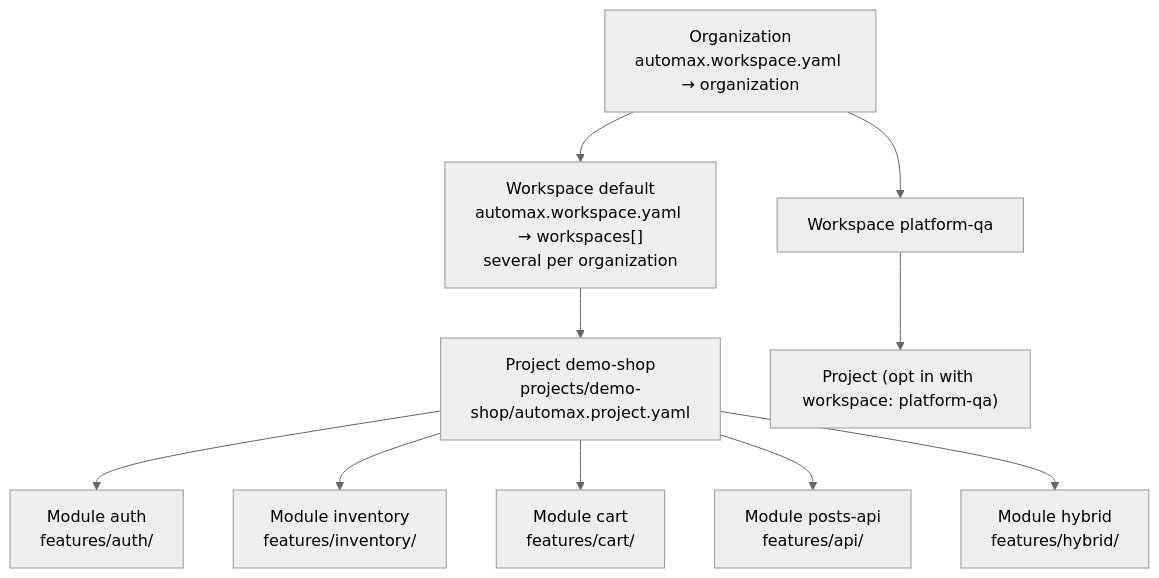
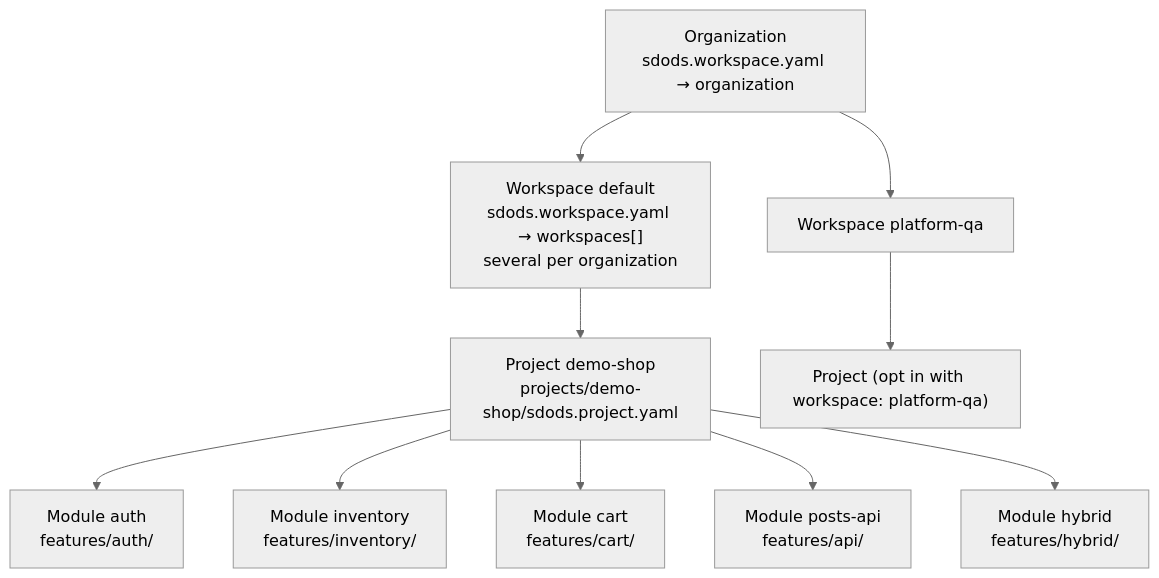
One commit to YarlisAISolutions/SDODS changed the diagram in apps/docs/content/docs/guides/organizations-workspaces-modules.mdx. Above: the diagram before and after it, drawn with Mermaid (neutral theme). The commit also changed other lines of this file and 466 other files, not shown here.

````diff
--- a/apps/docs/content/docs/guides/organizations-workspaces-modules.mdx
+++ b/apps/docs/content/docs/guides/organizations-workspaces-modules.mdx
@@ -13,12 +13,12 @@
 ```mermaid
 flowchart TB
-  O["Organization<br/>automax.workspace.yaml → organization"] --> W["Workspace default<br/>automax.workspace.yaml → workspaces[]<br/>several per organization"]
-  W --> P1["Project demo-shop<br/>projects/demo-shop/automax.project.yaml"]
+  O["Organization<br/>sdods.workspace.yaml → organization"] --> W["Workspace default<br/>sdods.workspace.yaml → workspaces[]<br/>several per organization"]
+  W --> P1["Project demo-shop<br/>projects/demo-shop/sdods.project.yaml"]
   O --> W2["Workspace platform-qa"]
   W2 --> P2["Project (opt in with workspace: platform-qa)"]
   P1 --> M1["Module auth<br/>features/auth/"]
   P1 --> M2["Module inventory<br/>features/inventory/"]
   P1 --> M3["Module cart<br/>features/cart/"]
   P1 --> M4["Module posts-api<br/>features/api/"]
   P1 --> M5["Module hybrid<br/>features/hybrid/"]
 ```
````
